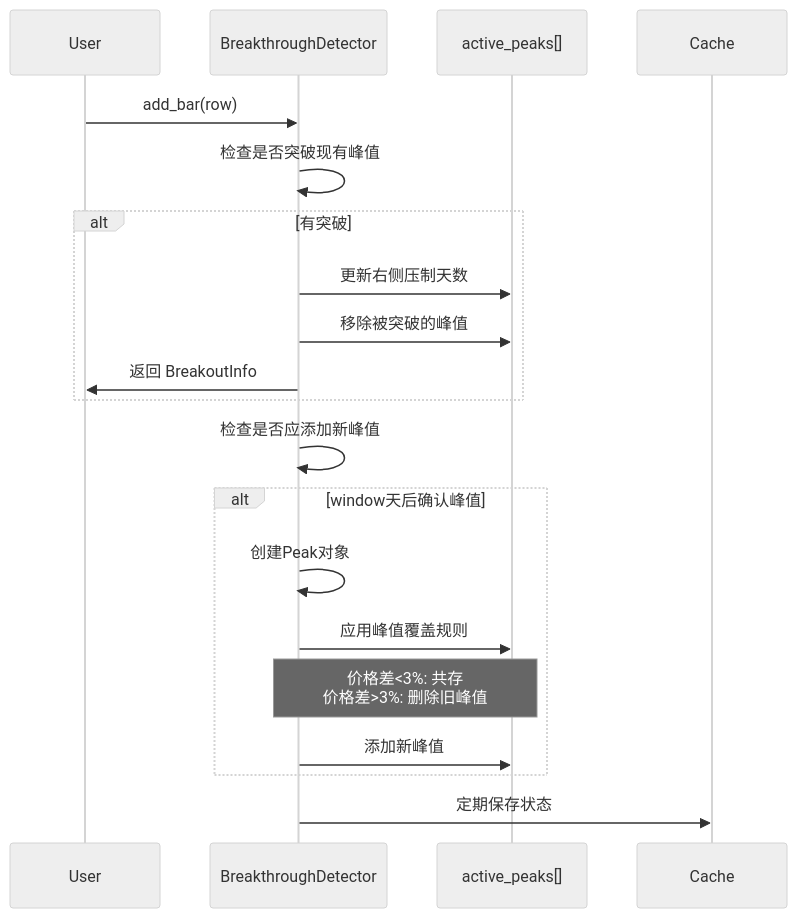
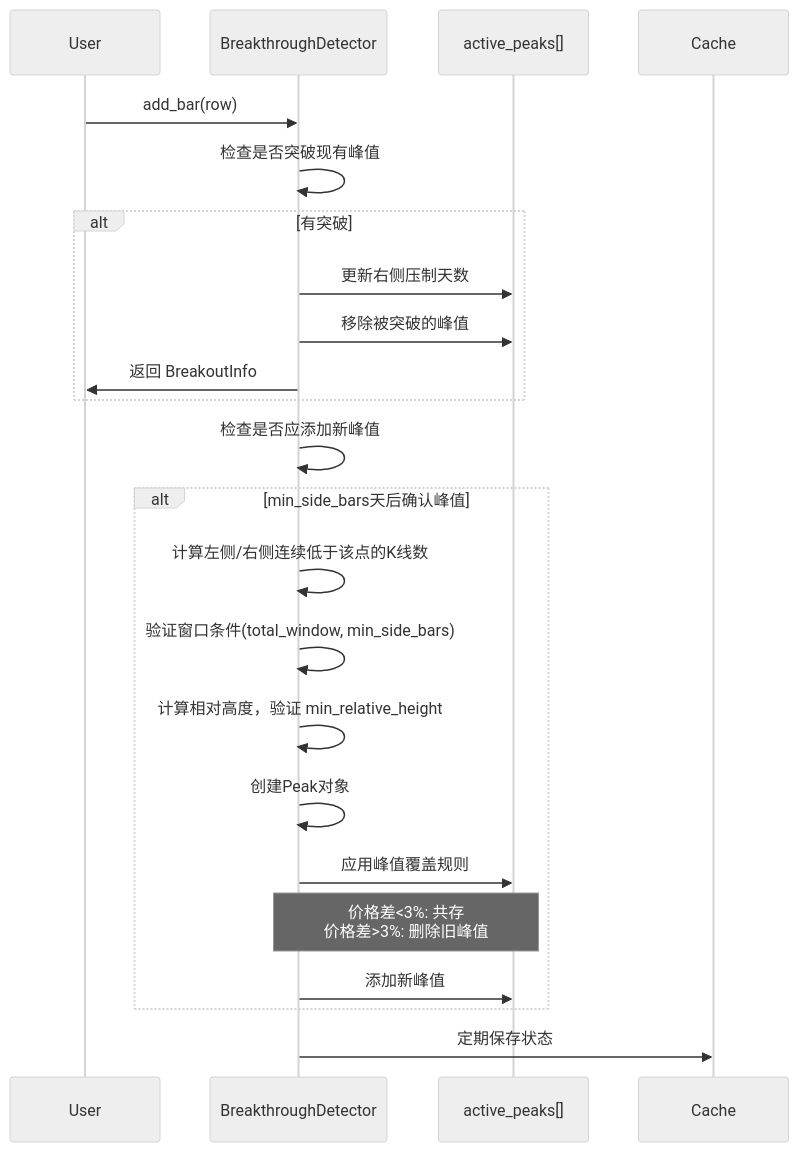
Before and after one commit to ufgtb24/Trade_Strategy: the second of 2 diagrams in docs/modules/specs/02_技术分析模块_IMPL.md, drawn with Mermaid (neutral theme). The commit also changed other lines of this file and 49 other files, not shown here.

````diff
--- a/docs/modules/specs/02_技术分析模块_IMPL.md
+++ b/docs/modules/specs/02_技术分析模块_IMPL.md
@@ -56,25 +57,28 @@
 ```mermaid
 sequenceDiagram
     participant User
     participant Detector as BreakthroughDetector
     participant PeakList as active_peaks[]
     participant Cache
 
     User->>Detector: add_bar(row)
     Detector->>Detector: 检查是否突破现有峰值
     alt 有突破
         Detector->>PeakList: 更新右侧压制天数
         Detector->>PeakList: 移除被突破的峰值
         Detector->>User: 返回 BreakoutInfo
     end
 
     Detector->>Detector: 检查是否应添加新峰值
-    alt window天后确认峰值
+    alt min_side_bars天后确认峰值
+        Detector->>Detector: 计算左侧/右侧连续低于该点的K线数
+        Detector->>Detector: 验证窗口条件(total_window, min_side_bars)
+        Detector->>Detector: 计算相对高度，验证 min_relative_height
         Detector->>Detector: 创建Peak对象
         Detector->>PeakList: 应用峰值覆盖规则
         Note over Detector,PeakList: 价格差<3%: 共存<br/>价格差>3%: 删除旧峰值
         Detector->>PeakList: 添加新峰值
     end
 
     Detector->>Cache: 定期保存状态
 ```
````
